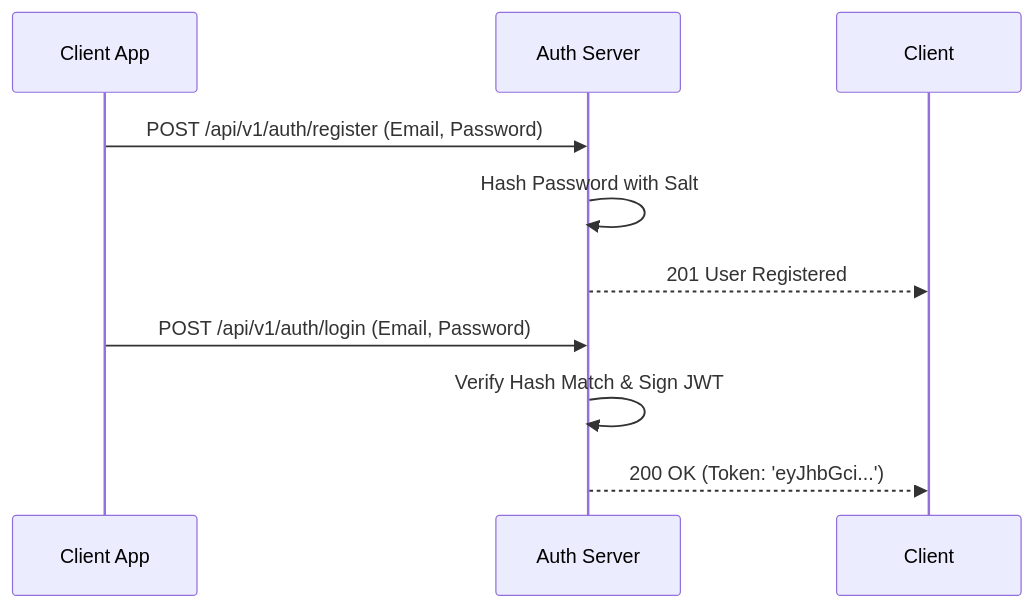
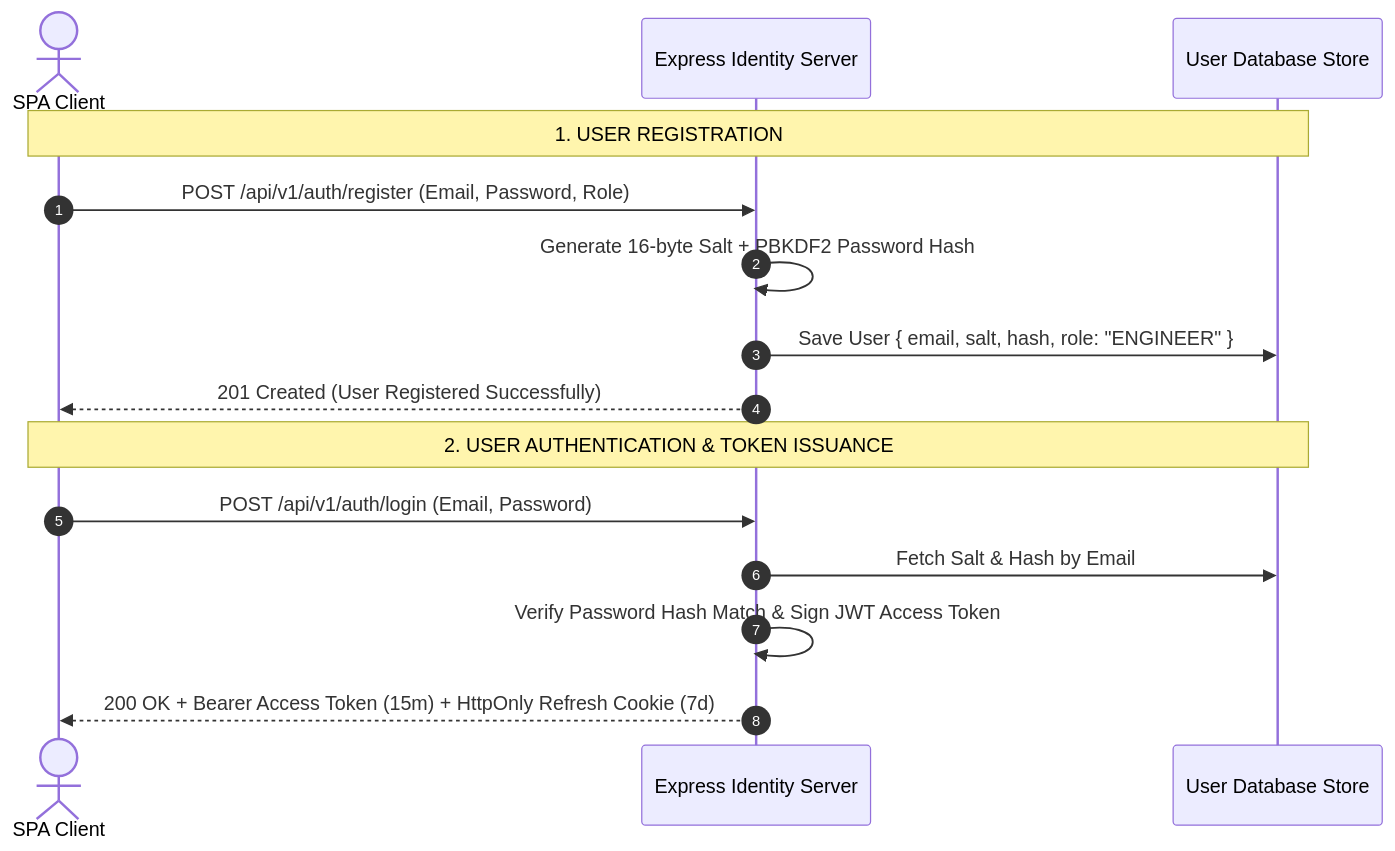
Before and after one commit to Amie-dev/engineering-playbook: the first of 3 diagrams in express-notes/25-project-auth-server.md, drawn with Mermaid. The commit also changed other lines of this file and 26 other files, not shown here.

````diff
--- a/express-notes/25-project-auth-server.md
+++ b/express-notes/25-project-auth-server.md
@@ -10,13 +13,19 @@
 ```mermaid
 sequenceDiagram
-    participant User as Client App
-    participant Server as Auth Server
-    
-    User->>Server: POST /api/v1/auth/register (Email, Password)
-    Server->>Server: Hash Password with Salt
-    Server-->>Client: 201 User Registered
-    
-    User->>Server: POST /api/v1/auth/login (Email, Password)
-    Server->>Server: Verify Hash Match & Sign JWT
-    Server-->>Client: 200 OK (Token: 'eyJhbGci...')
+    autonumber
+    actor Client as SPA Client
+    participant AuthServer as Express Identity Server
+    participant DB as User Database Store
+
+    note over Client,DB: 1. USER REGISTRATION
+    Client->>AuthServer: POST /api/v1/auth/register (Email, Password, Role)
+    AuthServer->>AuthServer: Generate 16-byte Salt + PBKDF2 Password Hash
+    AuthServer->>DB: Save User { email, salt, hash, role: "ENGINEER" }
+    AuthServer-->>Client: 201 Created (User Registered Successfully)
+
+    note over Client,DB: 2. USER AUTHENTICATION & TOKEN ISSUANCE
+    Client->>AuthServer: POST /api/v1/auth/login (Email, Password)
+    AuthServer->>DB: Fetch Salt & Hash by Email
+    AuthServer->>AuthServer: Verify Password Hash Match & Sign JWT Access Token
+    AuthServer-->>Client: 200 OK + Bearer Access Token (15m) + HttpOnly Refresh Cookie (7d)
 ```
````
